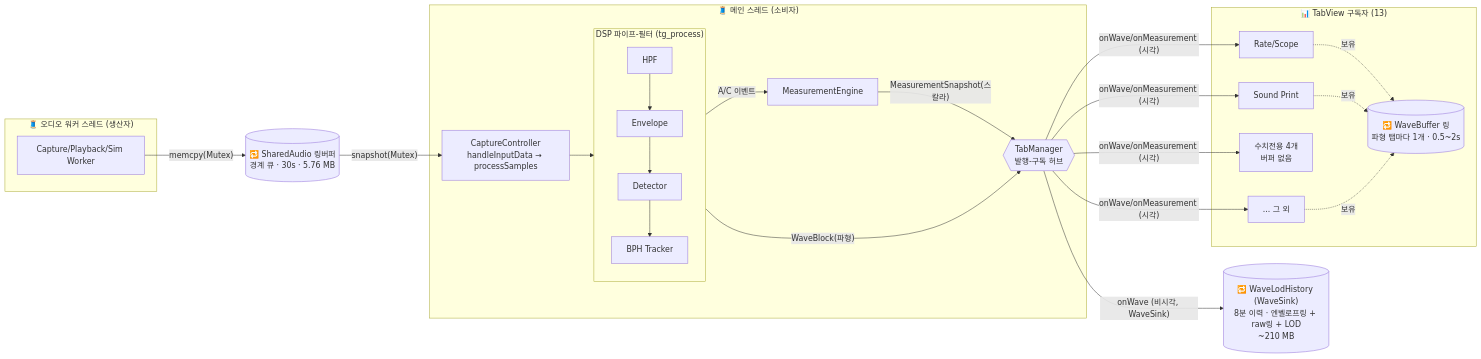
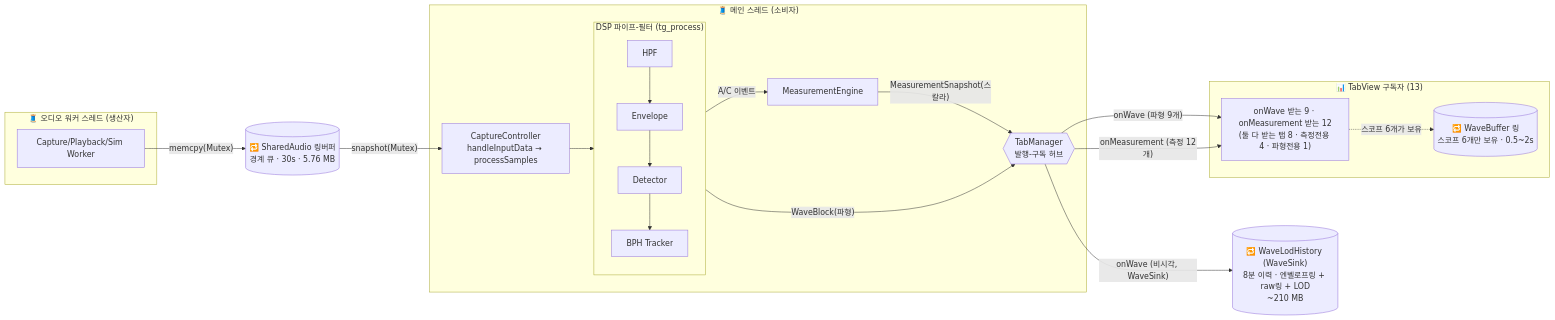
Before and after one commit to jaehong179/architect_cmu: the third of 4 diagrams in documents/archive/ARCHITECTURE.md, drawn with Mermaid. The commit also changed other lines of this file and 2 other files, not shown here.

Commit message:
docs(archive): correct per-tab stream + WaveBuffer counts in C&C view
Verified from code: onWave reaches 9 tabs (8 both + 1 wave-only Spectrogram),
onMeasurement reaches 12 (8 both + 4 scalar-only). A per-tab WaveBuffer exists
only in the 6 scope tabs (Escapement, Filter, Waveform, SyncSweep, BeatNoise,
Spectrogram); Rate/Scope, SoundPrint, BeatError receive onWave but store via
plot/sound-image/events. Fixed the §5 diagram (streams as distinct edges, not a
blanket onWave/onMeasurement; arrows are calls, not buffers), the buffer table,
CC_VIEW figure 1 + catalog, and SIGNAL_FLOW §6 (Sound Print is BOTH, not wave-only).

````diff
--- a/documents/archive/ARCHITECTURE.md
+++ b/documents/archive/ARCHITECTURE.md
@@ -160,37 +160,33 @@
 ```mermaid
 flowchart LR
     subgraph WT["🧵 오디오 워커 스레드 (생산자)"]
         W[Capture/Playback/Sim Worker]
     end
     RB[("🔁 SharedAudio 링버퍼<br/>경계 큐 · 30s · 5.76 MB")]
 
     subgraph MT["🧵 메인 스레드 (소비자)"]
         CC[CaptureController<br/>handleInputData → processSamples]
         subgraph PF["DSP 파이프-필터 (tg_process)"]
             HPF[HPF] --> ENV[Envelope] --> DETf[Detector] --> BPHf[BPH Tracker]
         end
         ME[MeasurementEngine]
         TM{{TabManager<br/>발행-구독 허브}}
     end
 
     subgraph TABS["📊 TabView 구독자 (13)"]
-        T1[Rate/Scope]
-        T2[Sound Print]
-        T3[수치전용 4개<br/>버퍼 없음]
-        T4[... 그 외]
-        WB[("🔁 WaveBuffer 링<br/>파형 탭마다 1개 · 0.5~2s")]
+        TV["onWave 받는 9 · onMeasurement 받는 12<br/>(둘 다 받는 탭 8 · 측정전용 4 · 파형전용 1)"]
+        WB[("🔁 WaveBuffer 링<br/>스코프 6개만 보유 · 0.5~2s")]
     end
     HIST[("🔁 WaveLodHistory (WaveSink)<br/>8분 이력 · 엔벨로프링 + raw링 + LOD<br/>~210 MB")]
 
     W -- "memcpy(Mutex)" --> RB
     RB -- "snapshot(Mutex)" --> CC
     CC --> PF
     PF -- "A/C 이벤트" --> ME
     PF -- "WaveBlock(파형)" --> TM
     ME -- "MeasurementSnapshot(스칼라)" --> TM
-    TM -- "onWave/onMeasurement (시각)" --> T1 & T2 & T3 & T4
-    T1 -. 보유 .-> WB
-    T2 -. 보유 .-> WB
-    T4 -. 보유 .-> WB
+    TM -- "onWave (파형 9개)" --> TV
+    TM -- "onMeasurement (측정 12개)" --> TV
+    TV -. "스코프 6개가 보유" .-> WB
     TM -- "onWave (비시각, WaveSink)" --> HIST
 ```
````
